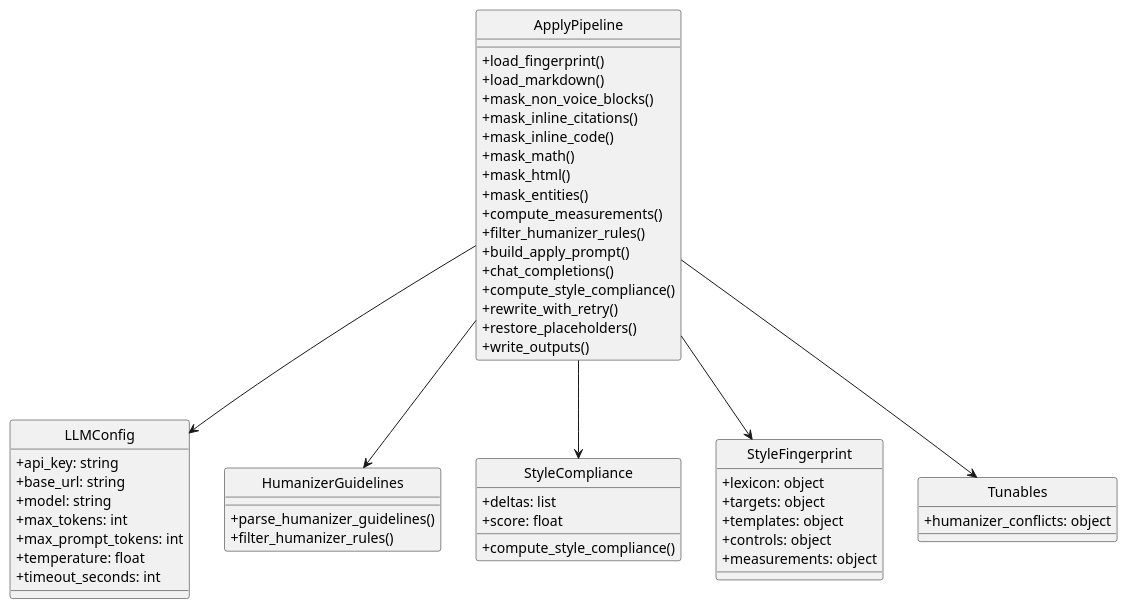
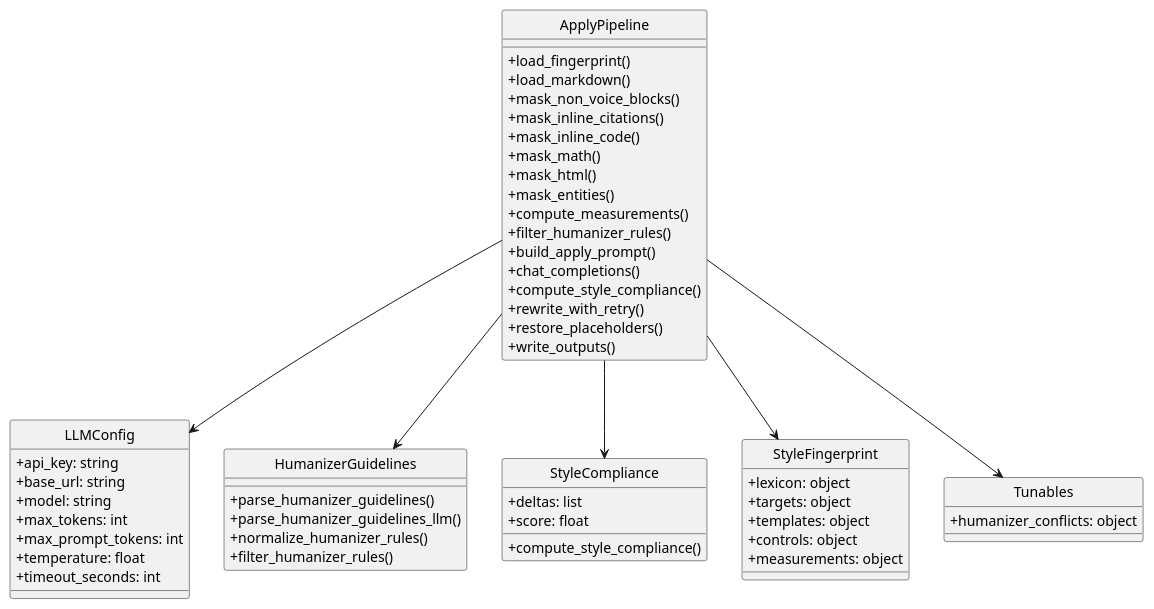
One commit to ngpepin/stylometric-transfer changed the first of 3 diagrams in UML-Apply.md. Above: the diagram before and after it, drawn with PlantUML. The commit also changed other lines of this file and 6 other files, not shown here.

Commit message:
feat: enhance humanizer guidelines parsing with LLM integration and fallback options

````diff
--- a/UML-Apply.md
+++ b/UML-Apply.md
@@ -7,64 +7,66 @@
 ```plantuml
 @startuml
 skinparam style strictuml
 skinparam classAttributeIconSize 0
 
 class LLMConfig {
   +api_key: string
   +base_url: string
   +model: string
   +max_tokens: int
   +max_prompt_tokens: int
   +temperature: float
   +timeout_seconds: int
 }
 
 class ApplyPipeline {
   +load_fingerprint()
   +load_markdown()
   +mask_non_voice_blocks()
   +mask_inline_citations()
   +mask_inline_code()
   +mask_math()
   +mask_html()
   +mask_entities()
   +compute_measurements()
   +filter_humanizer_rules()
   +build_apply_prompt()
   +chat_completions()
   +compute_style_compliance()
   +rewrite_with_retry()
   +restore_placeholders()
   +write_outputs()
 }
 
 class HumanizerGuidelines {
   +parse_humanizer_guidelines()
+  +parse_humanizer_guidelines_llm()
+  +normalize_humanizer_rules()
   +filter_humanizer_rules()
 }
 
 class StyleCompliance {
   +compute_style_compliance()
   +deltas: list
   +score: float
 }
 
 class StyleFingerprint {
   +lexicon: object
   +targets: object
   +templates: object
   +controls: object
   +measurements: object
 }
 
 class Tunables {
   +humanizer_conflicts: object
 }
 
 ApplyPipeline --> LLMConfig
 ApplyPipeline --> StyleFingerprint
 ApplyPipeline --> HumanizerGuidelines
 ApplyPipeline --> StyleCompliance
 ApplyPipeline --> Tunables
 @enduml
 ```
````
